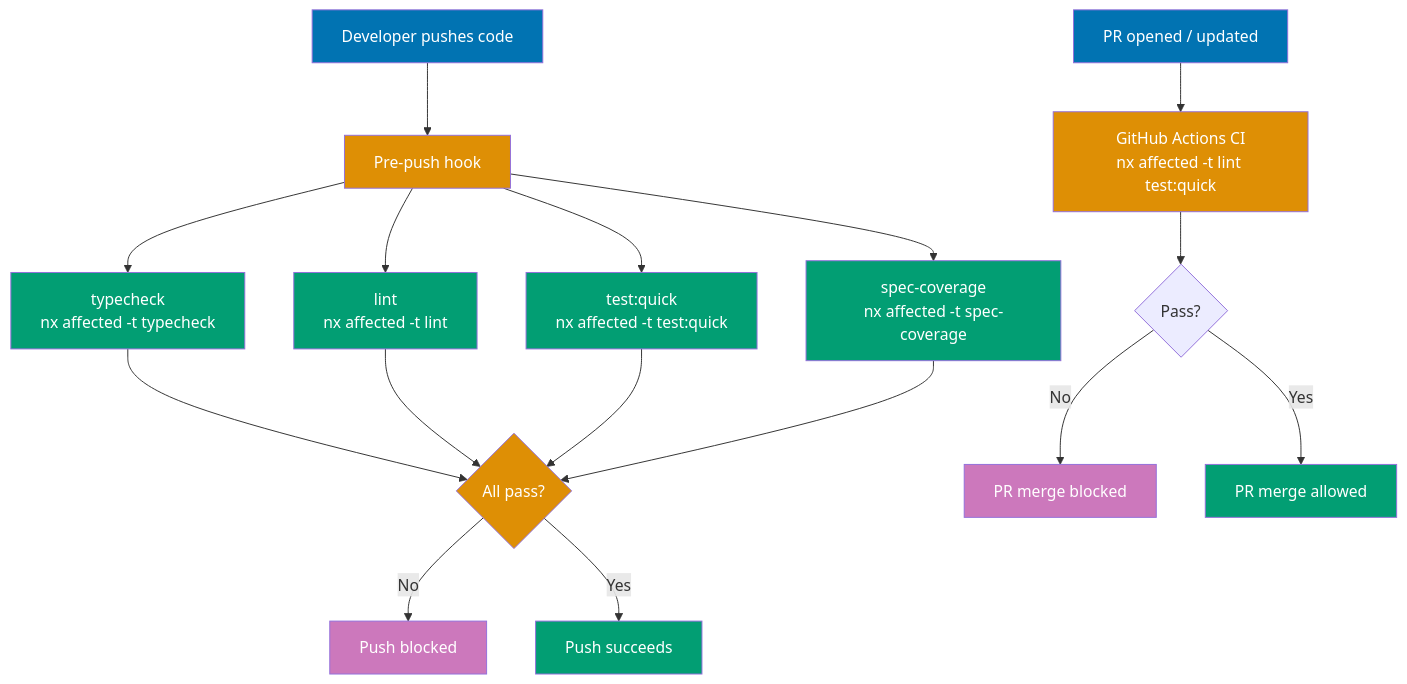
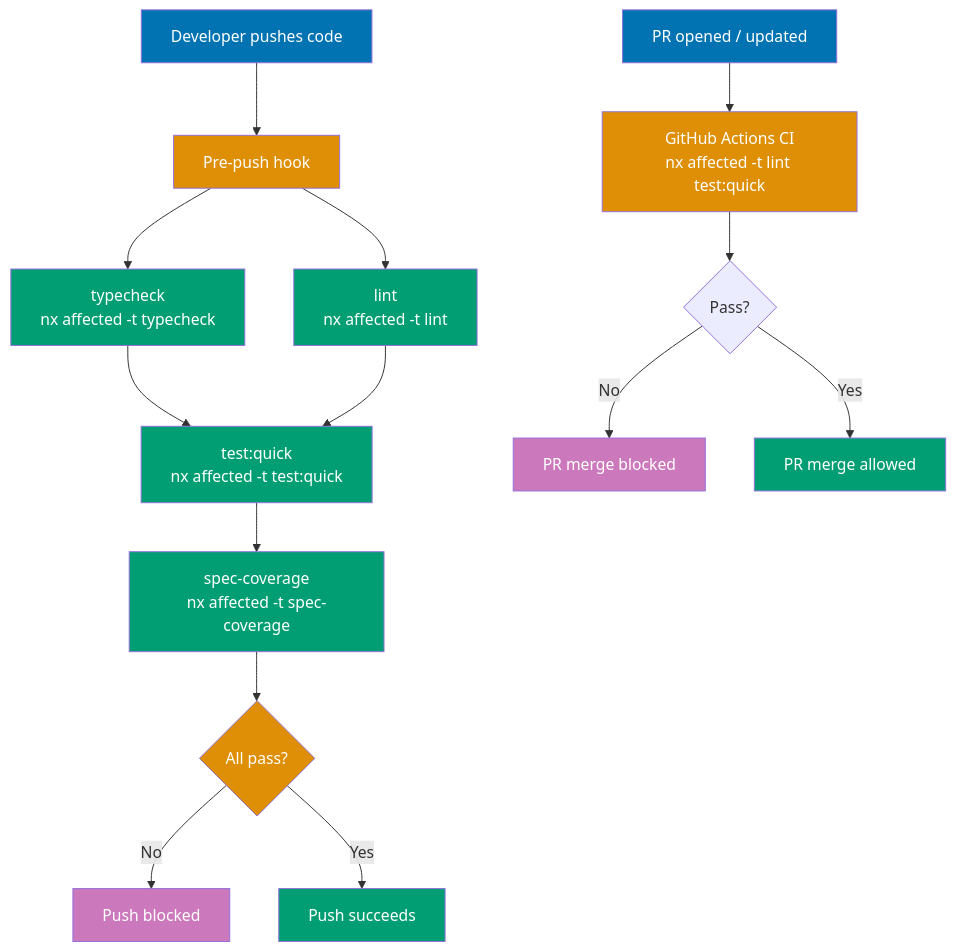
The first of 2 diagrams in governance/development/infra/nx-targets.md (wahidyankf/open-sharia-enterprise), drawn with Mermaid before and after one commit. The commit also changed other lines of this file and 15 other files, not shown here.

First line of the commit message:
fix(governance): fix pre-existing mermaid diagram violations in governance docs

````diff
--- a/governance/development/infra/nx-targets.md
+++ b/governance/development/infra/nx-targets.md
@@ -27,33 +27,31 @@
 ```mermaid
 flowchart TD
     A[Developer pushes code] --> B[Pre-push hook]
     B --> C["typecheck<br/>nx affected -t typecheck"]
     B --> D["lint<br/>nx affected -t lint"]
-    B --> E["test:quick<br/>nx affected -t test:quick"]
-    B --> SC["spec-coverage<br/>nx affected -t spec-coverage"]
-    C --> F{All pass?}
-    D --> F
-    E --> F
-    SC --> F
+    C --> E["test:quick<br/>nx affected -t test:quick"]
+    D --> E
+    E --> SC["spec-coverage<br/>nx affected -t spec-coverage"]
+    SC --> F{All pass?}
     F -- No --> G[Push blocked]
     F -- Yes --> H[Push succeeds]
 
     P[PR opened / updated] --> Q["GitHub Actions CI<br/>nx affected -t lint test:quick"]
     Q --> R{Pass?}
     R -- No --> S[PR merge blocked]
     R -- Yes --> T[PR merge allowed]
 
     style A fill:#0173B2,color:#fff
     style B fill:#DE8F05,color:#fff
     style C fill:#029E73,color:#fff
     style D fill:#029E73,color:#fff
     style E fill:#029E73,color:#fff
     style SC fill:#029E73,color:#fff
     style F fill:#DE8F05,color:#fff
     style G fill:#CC78BC,color:#fff
     style H fill:#029E73,color:#fff
     style P fill:#0173B2,color:#fff
     style Q fill:#DE8F05,color:#fff
     style S fill:#CC78BC,color:#fff
     style T fill:#029E73,color:#fff
 ```
````
